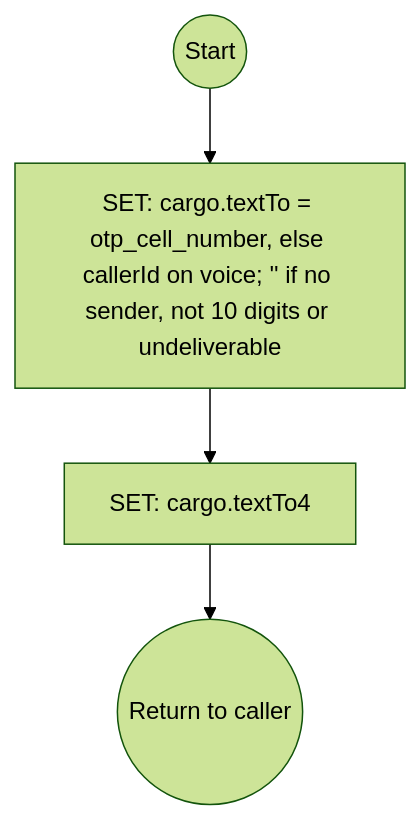
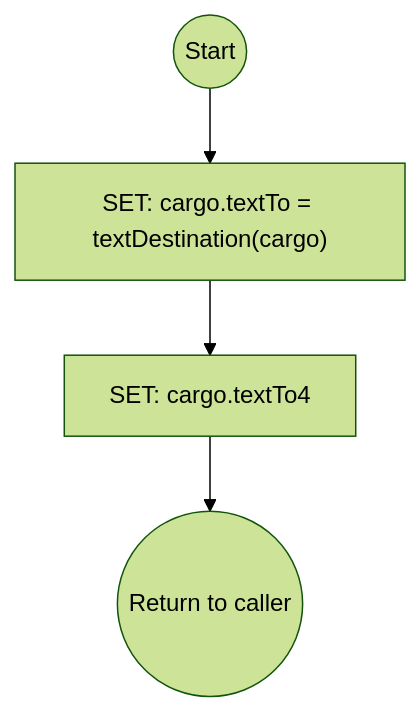
One commit to ronpinkas/jsfe changed diagram 12 of 22 in docs/system-flows.md. Above: the diagram before and after it, drawn with Mermaid (forest theme). The commit also changed other lines of this file and 1 other file, not shown here.

Commit message:
system flows and docs: synced from prod (AIDevelopment aa02aaf, v1.96.0): TEXT offered only where callerTextNumber can reach the caller (retry menu), text-destination uses textDestination, switch-to-text that cannot text is the give-up; readEmail keeps every spoken piece of the name

````diff
--- a/docs/system-flows.md
+++ b/docs/system-flows.md
@@ -675,6 +675,6 @@
 ```mermaid
 graph TD
-    start((Start)) --> pick_destination["SET: cargo.textTo = otp_cell_number, else callerId on voice; '' if no sender, not 10 digits or undeliverable"]
+    start((Start)) --> pick_destination["SET: cargo.textTo = textDestination(cargo)"]
     pick_destination --> say_last_four[SET: cargo.textTo4]
     say_last_four --> stop((Return to caller))
 ```
````
